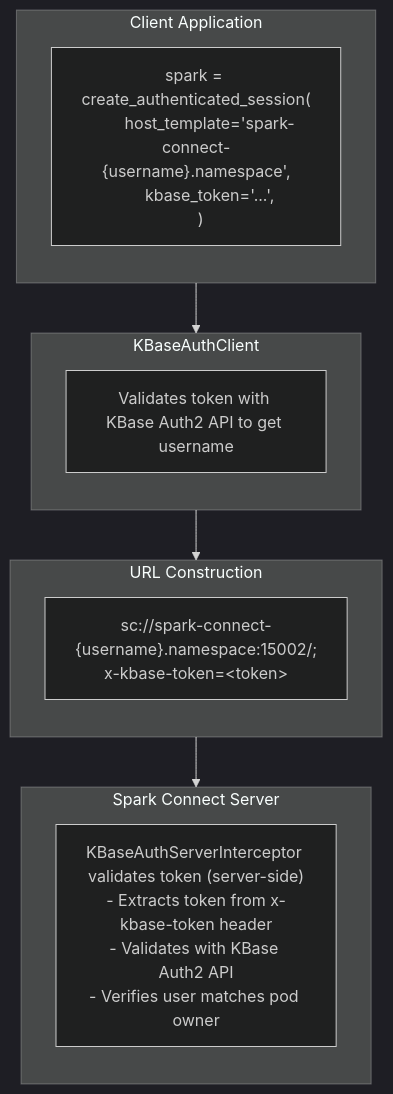
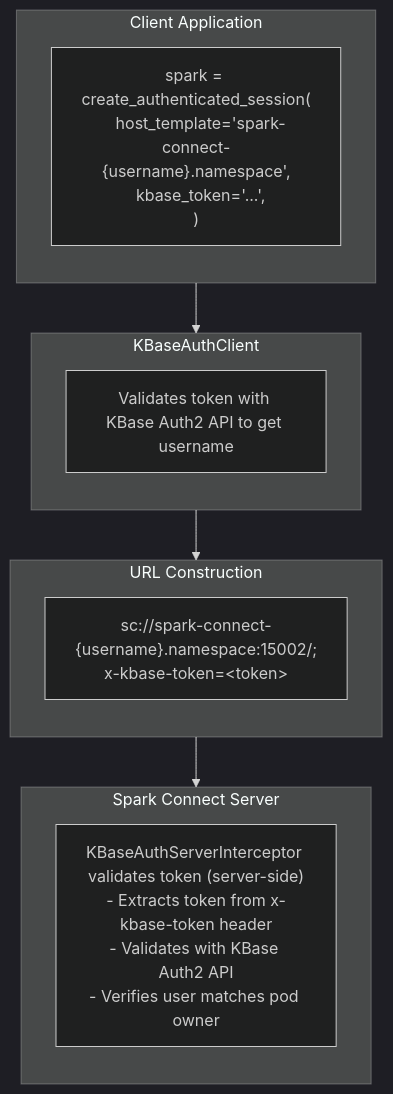
Before and after one commit to BERDataLakehouse/spark_connect_remote: the diagram in doc/ARCHITECTURE.md, drawn with Mermaid (dark theme).

Commit message:
add mermaid

````diff
--- a/doc/ARCHITECTURE.md
+++ b/doc/ARCHITECTURE.md
@@ -7,33 +7,26 @@
 ```mermaid
 graph TD
     subgraph S1 [Client Application]
         direction TB
-        C1["spark = create_authenticated_session(
-      host_template='spark-connect-{username}.namespace',
-      kbase_token='...',
-  )"]
+        C1["spark = create_authenticated_session(<br/>&nbsp;&nbsp;host_template='spark-connect-{username}.namespace',<br/>&nbsp;&nbsp;kbase_token='...',<br/>)"]
     end
 
     subgraph S2 [KBaseAuthClient]
         direction TB
         C2["Validates token with KBase Auth2 API to get username"]
     end
 
     subgraph S3 [URL Construction]
         direction TB
-        C3["sc://spark-connect-{username}.namespace:15002/;
-x-kbase-token=&lt;token&gt;"]
+        C3["sc://spark-connect-{username}.namespace:15002/;<br/>x-kbase-token=&lt;token&gt;"]
     end
 
     subgraph S4 [Spark Connect Server]
         direction TB
-        C4["KBaseAuthServerInterceptor validates token (server-side)
-- Extracts token from x-kbase-token header
-- Validates with KBase Auth2 API
-- Verifies user matches pod owner"]
+        C4["KBaseAuthServerInterceptor validates token (server-side)<br/>- Extracts token from x-kbase-token header<br/>- Validates with KBase Auth2 API<br/>- Verifies user matches pod owner"]
     end
 
     S1 --> S2
     S2 --> S3
     S3 --> S4
 ```
````
